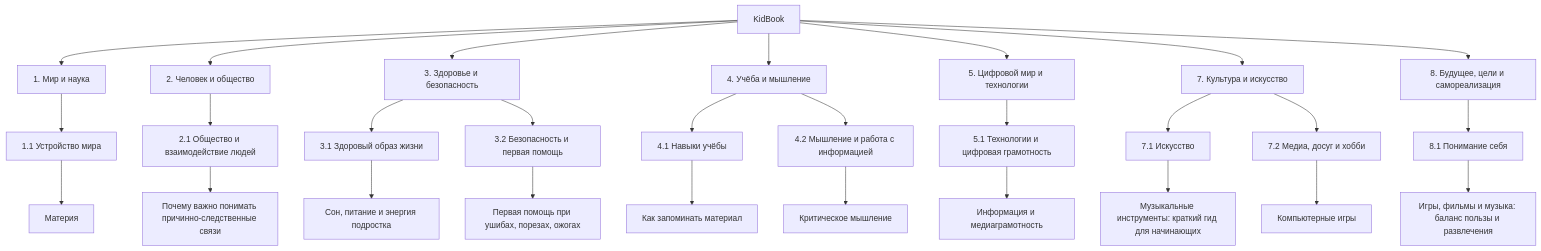
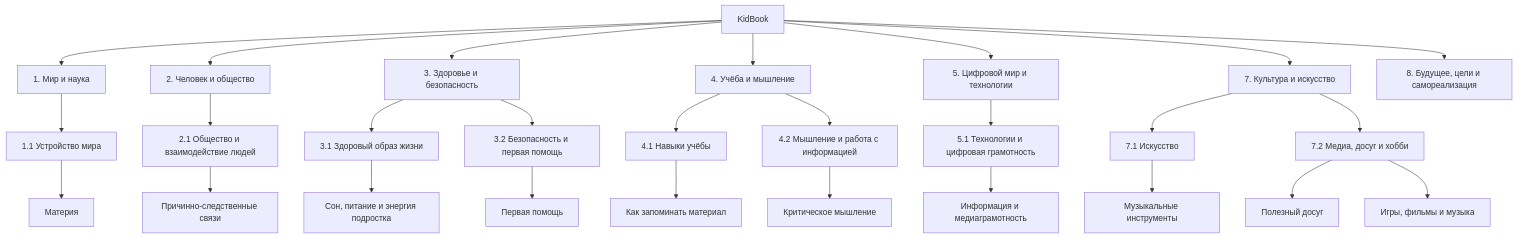
The diagram in WEB/index.md (ElizabetDA/2026_kidbook), drawn with Mermaid before and after one commit. The commit also changed other lines of this file, not shown here.

````diff
--- a/WEB/index.md
+++ b/WEB/index.md
@@ -10,38 +12,37 @@
 ```mermaid
 graph TD
     A["KidBook"]
 
     A --> B["1. Мир и наука"]
     B --> B1["1.1 Устройство мира"]
     B1 --> B11["Материя"]
 
     A --> C["2. Человек и общество"]
     C --> C1["2.1 Общество и взаимодействие людей"]
-    C1 --> C11["Почему важно понимать причинно-следственные связи"]
+    C1 --> C11["Причинно-следственные связи"]
 
     A --> D["3. Здоровье и безопасность"]
     D --> D1["3.1 Здоровый образ жизни"]
     D1 --> D11["Сон, питание и энергия подростка"]
     D --> D2["3.2 Безопасность и первая помощь"]
-    D2 --> D21["Первая помощь при ушибах, порезах, ожогах"]
+    D2 --> D21["Первая помощь"]
 
     A --> E["4. Учёба и мышление"]
     E --> E1["4.1 Навыки учёбы"]
     E1 --> E11["Как запоминать материал"]
     E --> E2["4.2 Мышление и работа с информацией"]
     E2 --> E21["Критическое мышление"]
 
     A --> F["5. Цифровой мир и технологии"]
     F --> F1["5.1 Технологии и цифровая грамотность"]
     F1 --> F11["Информация и медиаграмотность"]
 
     A --> G["7. Культура и искусство"]
     G --> G1["7.1 Искусство"]
-    G1 --> G11["Музыкальные инструменты: краткий гид для начинающих"]
+    G1 --> G11["Музыкальные инструменты"]
     G --> G2["7.2 Медиа, досуг и хобби"]
-    G2 --> G21["Компьютерные игры"]
+    G2 --> G21["Полезный досуг"]
+    G2 --> G22["Игры, фильмы и музыка"]
 
     A --> H["8. Будущее, цели и самореализация"]
-    H --> H1["8.1 Понимание себя"]
-    H1 --> H11["Игры, фильмы и музыка: баланс пользы и развлечения"]
 ```
````
